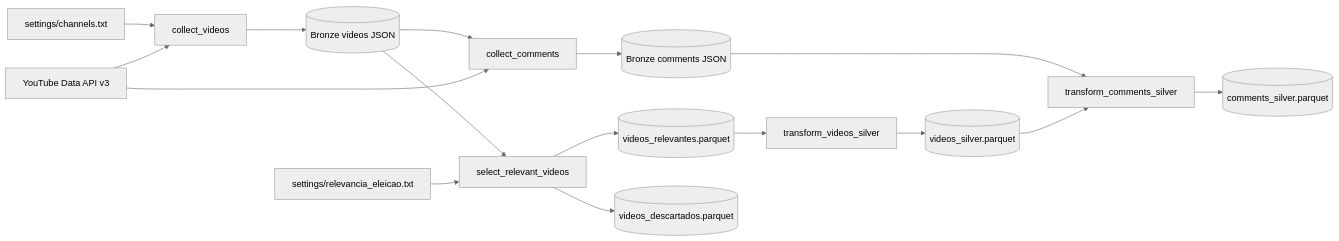
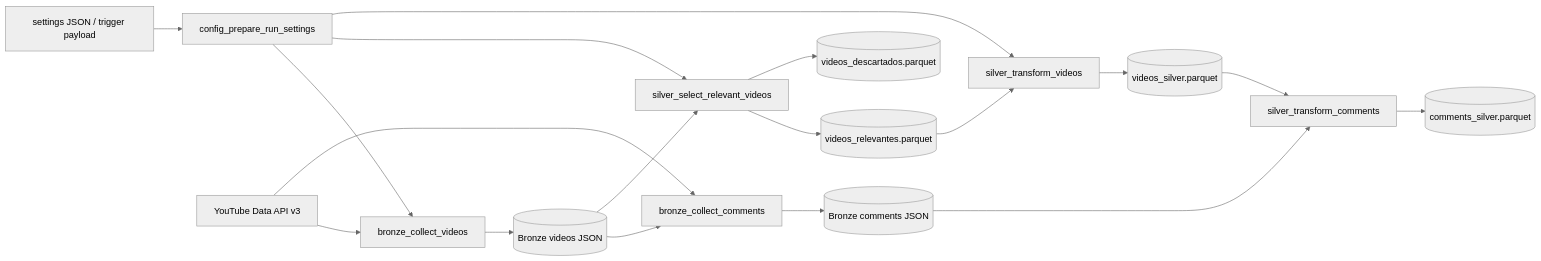
Before and after one commit to vitorestevam/tcc-engdados: the diagram in docs/repository_context.md, drawn with Mermaid (neutral theme). The commit also changed other lines of this file, not shown here.

````diff
--- a/docs/repository_context.md
+++ b/docs/repository_context.md
@@ -56,18 +68,20 @@
 ```mermaid
 flowchart LR
-    CFG["settings/channels.txt"] --> V["collect_videos"]
+    CFG["settings JSON / trigger payload"] --> P["config_prepare_run_settings"]
+    P --> V["bronze_collect_videos"]
     API["YouTube Data API v3"] --> V
     V --> BV[("Bronze videos JSON")]
-    BV --> C["collect_comments"]
+    BV --> C["bronze_collect_comments"]
     API --> C
     C --> BC[("Bronze comments JSON")]
-    BV --> R["select_relevant_videos"]
-    TERMS["settings/relevancia_eleicao.txt"] --> R
+    BV --> R["silver_select_relevant_videos"]
+    P --> R
     R --> VR[("videos_relevantes.parquet")]
     R --> VD[("videos_descartados.parquet")]
-    VR --> VS["transform_videos_silver"]
+    VR --> VS["silver_transform_videos"]
+    P --> VS
     VS --> SV[("videos_silver.parquet")]
-    BC --> CS["transform_comments_silver"]
+    BC --> CS["silver_transform_comments"]
     SV --> CS
     CS --> SC[("comments_silver.parquet")]
 ```
````
